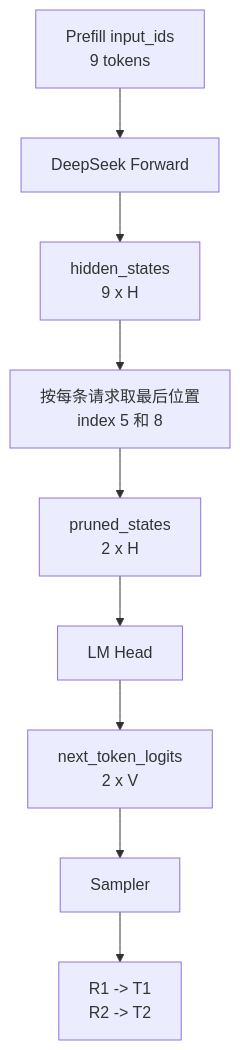
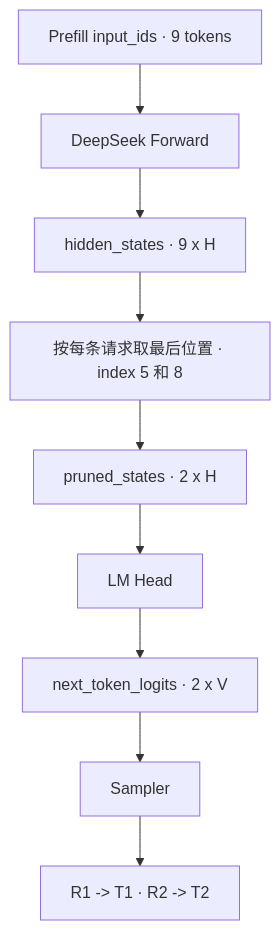
Before and after one commit to AkiYangDev/llm-inference-notes: the fifth of 5 diagrams in docs/sglang/sglang-modelrunner-source-analysis.md, drawn with Mermaid. The commit also changed other lines of this file and 44 other files, not shown here.

````diff
--- a/docs/sglang/sglang-modelrunner-source-analysis.md
+++ b/docs/sglang/sglang-modelrunner-source-analysis.md
@@ -563,14 +539,14 @@
 ```mermaid
 flowchart TD
-    I[Prefill input_ids<br/>9 tokens]
+    I[Prefill input_ids · 9 tokens]
     I --> M[DeepSeek Forward]
-    M --> H[hidden_states<br/>9 x H]
+    M --> H[hidden_states · 9 x H]
 
-    H --> R[按每条请求取最后位置<br/>index 5 和 8]
+    H --> R[按每条请求取最后位置 · index 5 和 8]
 
-    R --> P[pruned_states<br/>2 x H]
+    R --> P[pruned_states · 2 x H]
     P --> L[LM Head]
-    L --> G[next_token_logits<br/>2 x V]
+    L --> G[next_token_logits · 2 x V]
     G --> S[Sampler]
-    S --> O[R1 -> T1<br/>R2 -> T2]
+    S --> O[R1 -> T1 · R2 -> T2]
 ```
````
